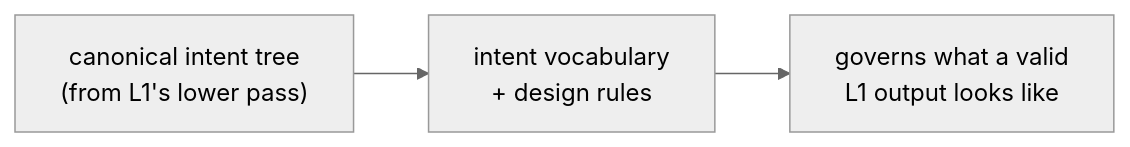
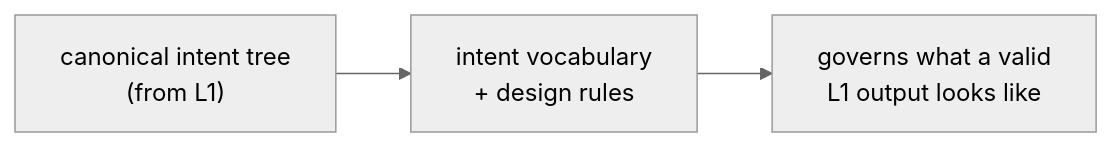
One commit to ProjectASAP/ASAPPlanner changed the second of 5 diagrams in docs/design.md. Above: the diagram before and after it, drawn with Mermaid (neutral theme). The commit also changed other lines of this file, not shown here.

First line of the commit message:
docs(design): describe target L1 architecture (no relational tree, no convert)

````diff
--- a/docs/design.md
+++ b/docs/design.md
@@ -138,5 +167,5 @@
 ```mermaid
 flowchart LR
-    L1T["canonical intent tree\n(from L1's lower pass)"] --> V["intent vocabulary\n+ design rules"]
+    L1T["canonical intent tree\n(from L1)"] --> V["intent vocabulary\n+ design rules"]
     V --> L2G["governs what a valid\nL1 output looks like"]
 ```
````
